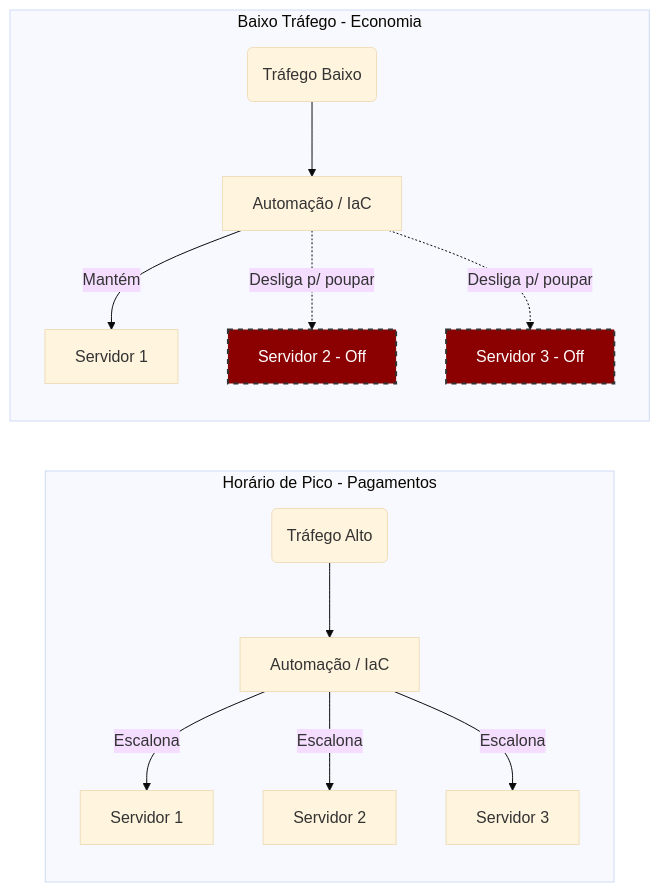
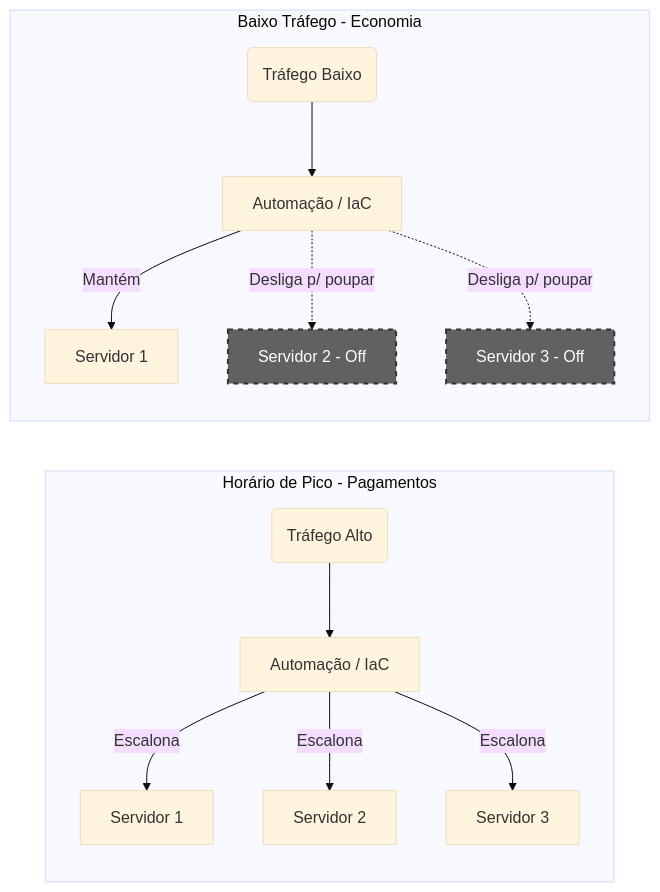
The second of 2 diagrams in README.md (KruxKossel/pisrc-araraquara), drawn with Mermaid (base theme) before and after one commit.

Commit message:
Update styles for S2_Noite and S3_Noite

````diff
--- a/README.md
+++ b/README.md
@@ -32,19 +32,19 @@
 ```mermaid
 flowchart LR
     subgraph Dia [Horário de Pico - Pagamentos]
         T_Dia(Tráfego Alto) --> IaC_Dia[Automação / IaC]
         IaC_Dia -->|Escalona| S1_Dia[Servidor 1]
         IaC_Dia -->|Escalona| S2_Dia[Servidor 2]
         IaC_Dia -->|Escalona| S3_Dia[Servidor 3]
     end
 
     subgraph Madrugada [Baixo Tráfego - Economia]
         T_Noite(Tráfego Baixo) --> IaC_Noite[Automação / IaC]
         IaC_Noite -->|Mantém| S1_Noite[Servidor 1]
         IaC_Noite -.->|Desliga p/ poupar| S2_Noite[Servidor 2 - Off]
         IaC_Noite -.->|Desliga p/ poupar| S3_Noite[Servidor 3 - Off]
         
-        style S2_Noite fill:#8B0000,color:white,stroke:#333,stroke-width:2px,stroke-dasharray: 5 5
-        style S3_Noite fill:#8B0000,color:white,stroke:#333,stroke-width:2px,stroke-dasharray: 5 5
+        style S2_Noite fill:#616161,color:white,stroke:#333,stroke-width:2px,stroke-dasharray: 5 5
+        style S3_Noite fill:#616161,color:white,stroke:#333,stroke-width:2px,stroke-dasharray: 5 5
     end
 ```
````
